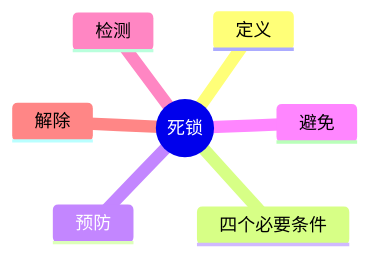
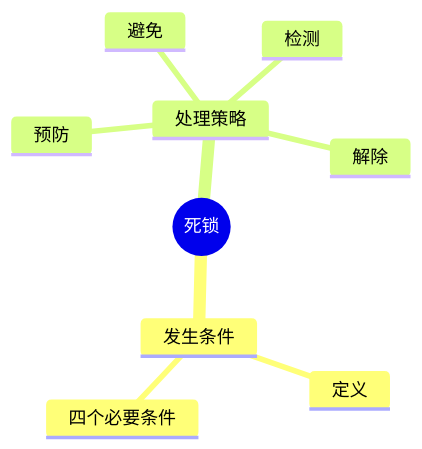
The first of 2 diagrams in docs/ruankao/system-architect/chapters/chapter-02/07-deadlock.md (skylonely/sgao-website), drawn with Mermaid before and after one commit. The commit also changed other lines of this file and 39 other files, not shown here.

Commit message:
fix: Mermaid 思维导图

````diff
--- a/docs/ruankao/system-architect/chapters/chapter-02/07-deadlock.md
+++ b/docs/ruankao/system-architect/chapters/chapter-02/07-deadlock.md
@@ -33,10 +33,12 @@
 ```mermaid
 mindmap
   root((死锁))
-    定义
-    四个必要条件
-    预防
-    避免
-    检测
-    解除
+    发生条件
+      定义
+      四个必要条件
+    处理策略
+      预防
+      避免
+      检测
+      解除
 ```
````
